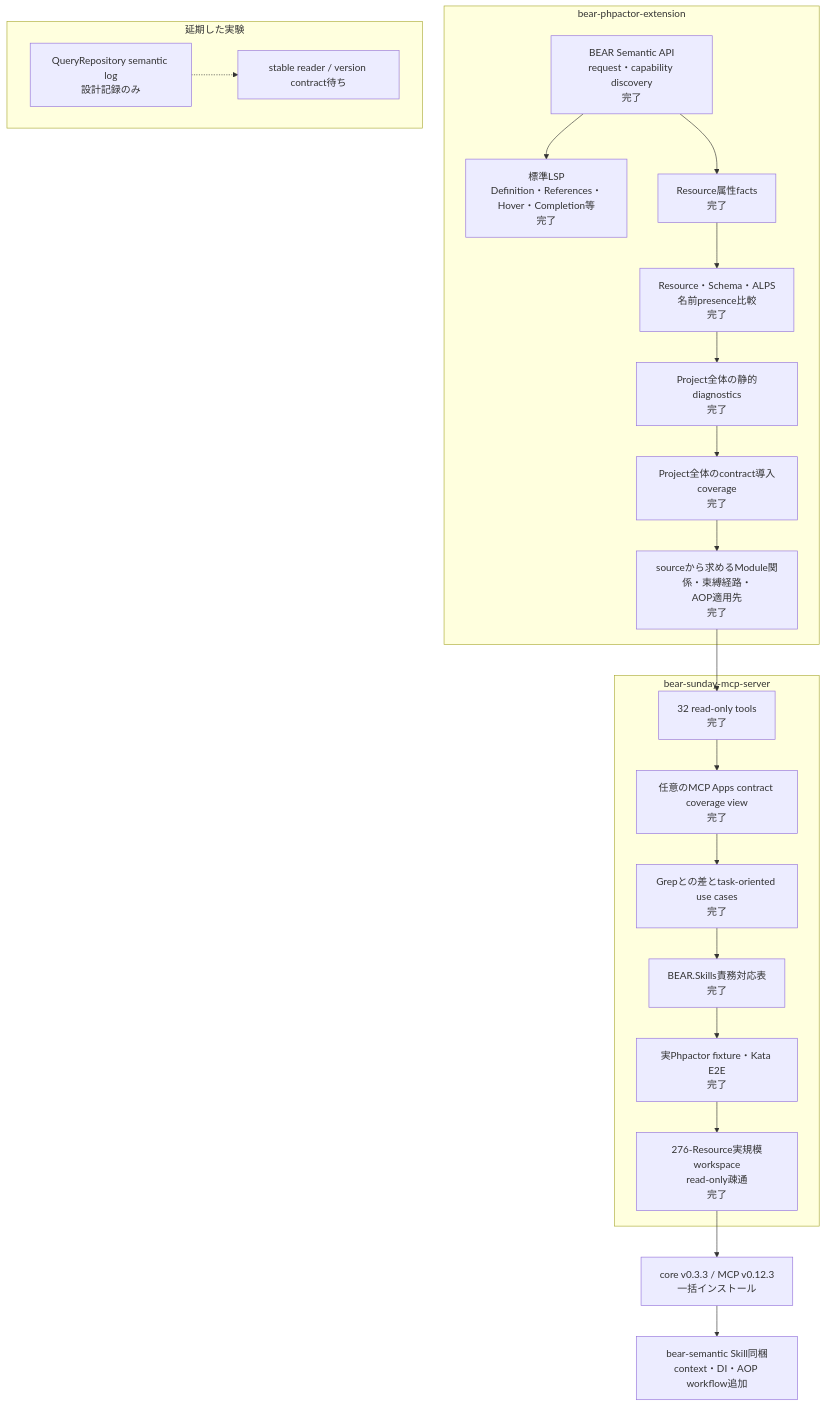
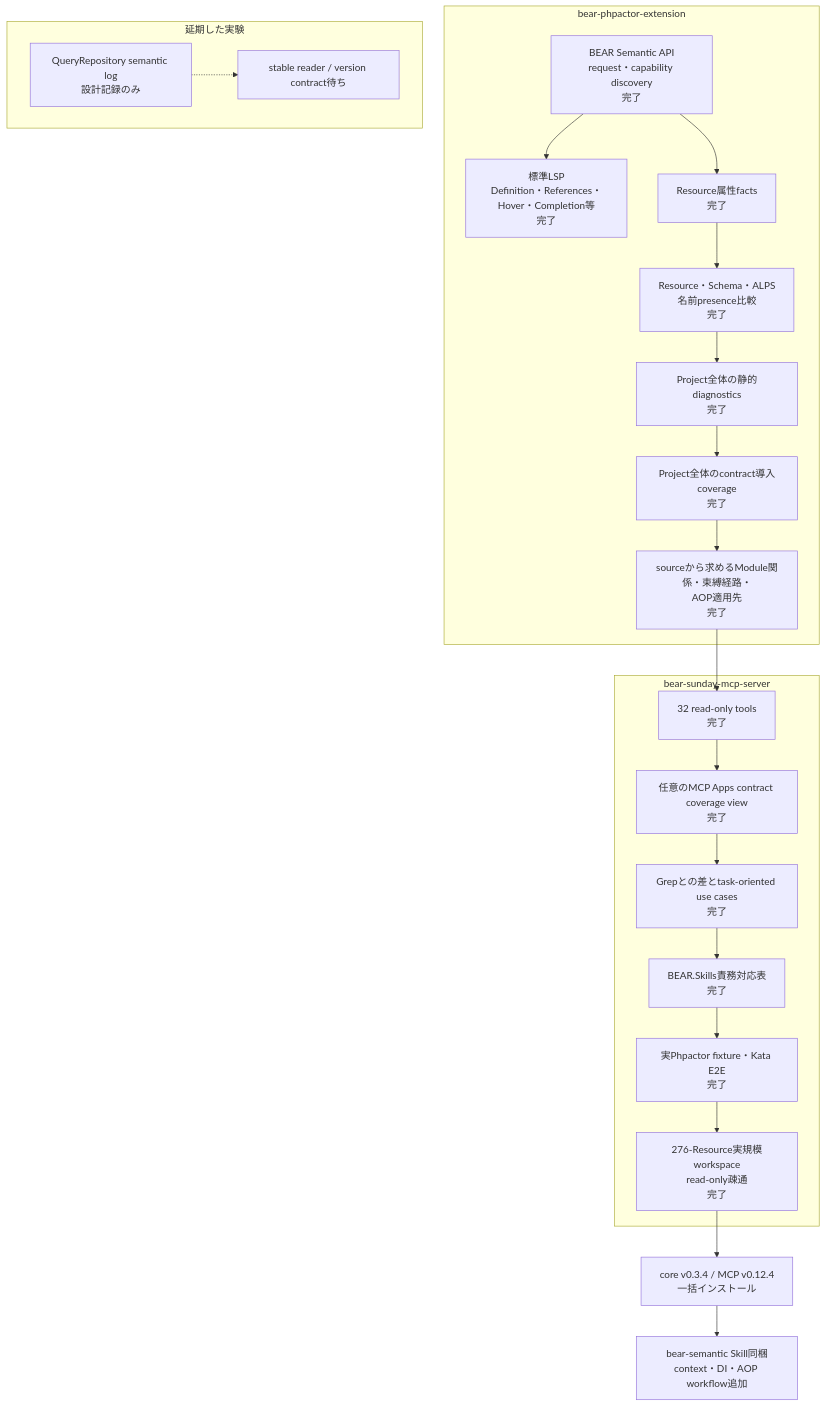
The diagram in docs/project-status.ja.md (suzumaze/bear-sunday-mcp-server), drawn with Mermaid before and after one commit. The commit also changed other lines of this file and 8 other files, not shown here.

````diff
--- a/docs/project-status.ja.md
+++ b/docs/project-status.ja.md
@@ -8,35 +8,35 @@
 ```mermaid
 flowchart TB
     subgraph Core["bear-phpactor-extension"]
         C1["BEAR Semantic API<br/>request・capability discovery<br/>完了"]
         C2["標準LSP<br/>Definition・References・Hover・Completion等<br/>完了"]
         C3["Resource属性facts<br/>完了"]
         C4["Resource・Schema・ALPS<br/>名前presence比較<br/>完了"]
         C5["Project全体の静的diagnostics<br/>完了"]
         C6["Project全体のcontract導入coverage<br/>完了"]
         C7["sourceから求めるModule関係・束縛経路・<br/>AOP適用先<br/>完了"]
         C1 --> C2
         C1 --> C3 --> C4 --> C5 --> C6 --> C7
     end
 
     subgraph MCP["bear-sunday-mcp-server"]
         M1["32 read-only tools<br/>完了"]
         M0["任意のMCP Apps contract coverage view<br/>完了"]
         M2["Grepとの差とtask-oriented use cases<br/>完了"]
         M3["BEAR.Skills責務対応表<br/>完了"]
         M4["実Phpactor fixture・Kata E2E<br/>完了"]
         M5["276-Resource実規模workspace<br/>read-only疎通<br/>完了"]
         M1 --> M0 --> M2 --> M3 --> M4 --> M5
     end
 
     C7 --> M1
 
     subgraph Deferred["延期した実験"]
         D1["QueryRepository semantic log<br/>設計記録のみ"]
         D2["stable reader / version contract待ち"]
         D1 -.-> D2
     end
 
-    M5 --> R1["core v0.3.3 / MCP v0.12.3<br/>一括インストール"]
+    M5 --> R1["core v0.3.4 / MCP v0.12.4<br/>一括インストール"]
     R1 --> S1["bear-semantic Skill同梱<br/>context・DI・AOP workflow追加"]
 ```
````
